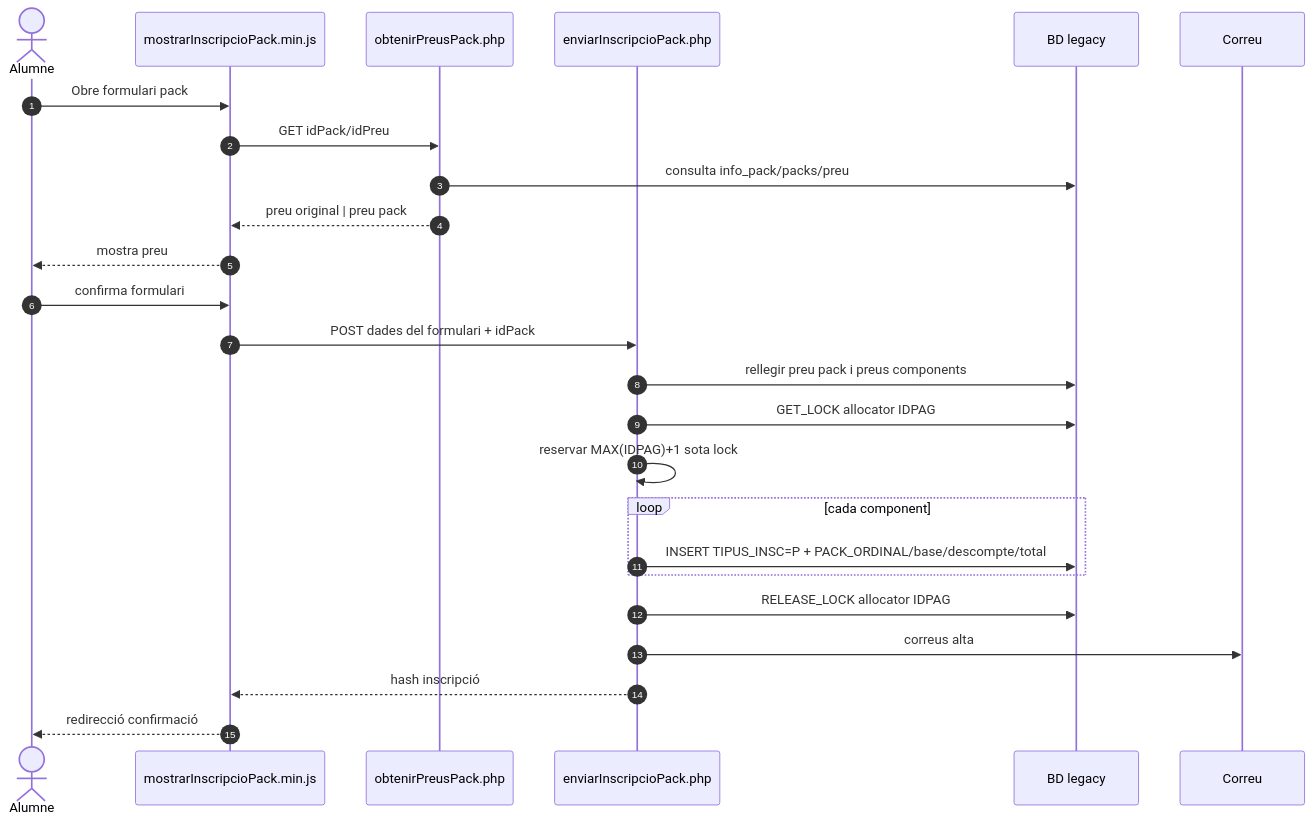
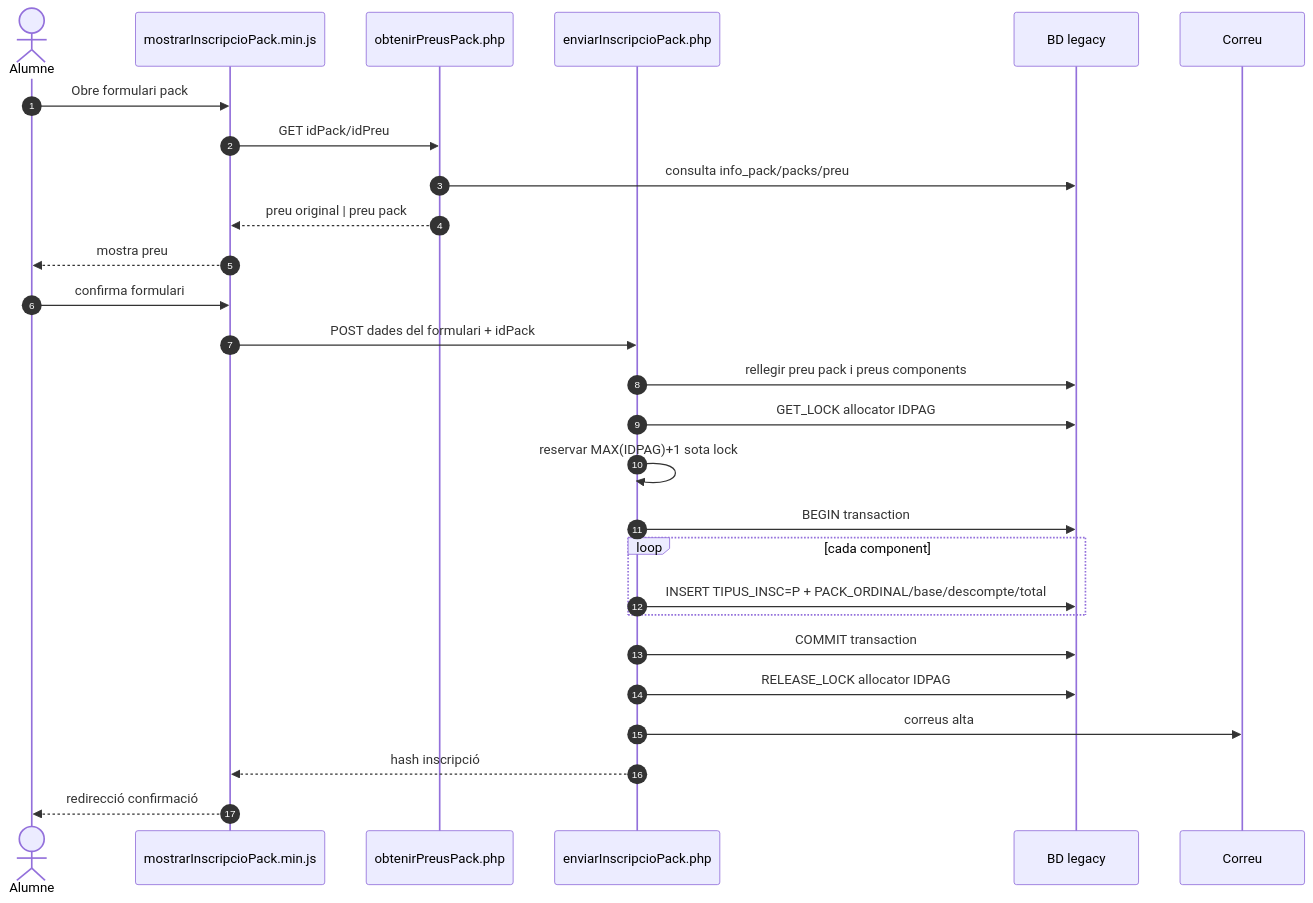
One commit to orgmeriemprismacat-del/verifactu changed the first of 5 diagrams in documentacio/07-uml-integrat/uc-015-sequencies-actual-final.md. Above: the diagram before and after it, drawn with Mermaid. The commit also changed other lines of this file, not shown here.

Commit message:
docs(UC-015): afegir atomicitat a la sequencia actual

````diff
--- a/documentacio/07-uml-integrat/uc-015-sequencies-actual-final.md
+++ b/documentacio/07-uml-integrat/uc-015-sequencies-actual-final.md
@@ -7,28 +7,30 @@
 ```mermaid
 sequenceDiagram
 autonumber
 actor U as Alumne
 participant JS as mostrarInscripcioPack.min.js
 participant Price as obtenirPreusPack.php
 participant Alta as enviarInscripcioPack.php
 participant DB as BD legacy
 participant Mail as Correu
 
 U->>JS: Obre formulari pack
 JS->>Price: GET idPack/idPreu
 Price->>DB: consulta info_pack/packs/preu
 Price-->>JS: preu original | preu pack
 JS-->>U: mostra preu
 U->>JS: confirma formulari
 JS->>Alta: POST dades del formulari + idPack
 Alta->>DB: rellegir preu pack i preus components
 Alta->>DB: GET_LOCK allocator IDPAG
 Alta->>Alta: reservar MAX(IDPAG)+1 sota lock
+Alta->>DB: BEGIN transaction
 loop cada component
  Alta->>DB: INSERT TIPUS_INSC=P + PACK_ORDINAL/base/descompte/total
 end
+Alta->>DB: COMMIT transaction
 Alta->>DB: RELEASE_LOCK allocator IDPAG
 Alta->>Mail: correus alta
 Alta-->>JS: hash inscripció
 JS-->>U: redirecció confirmació
 ```
````
